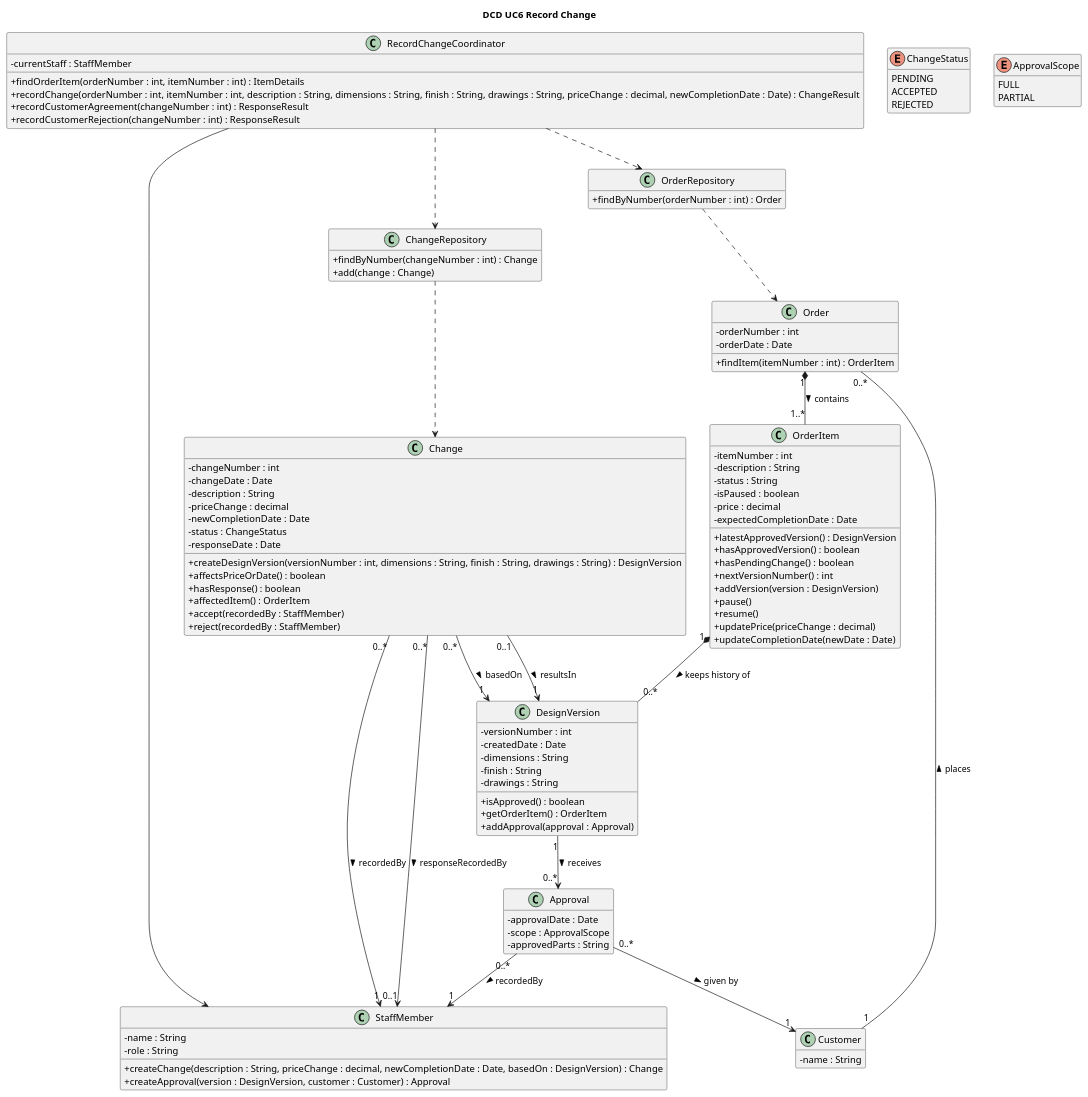
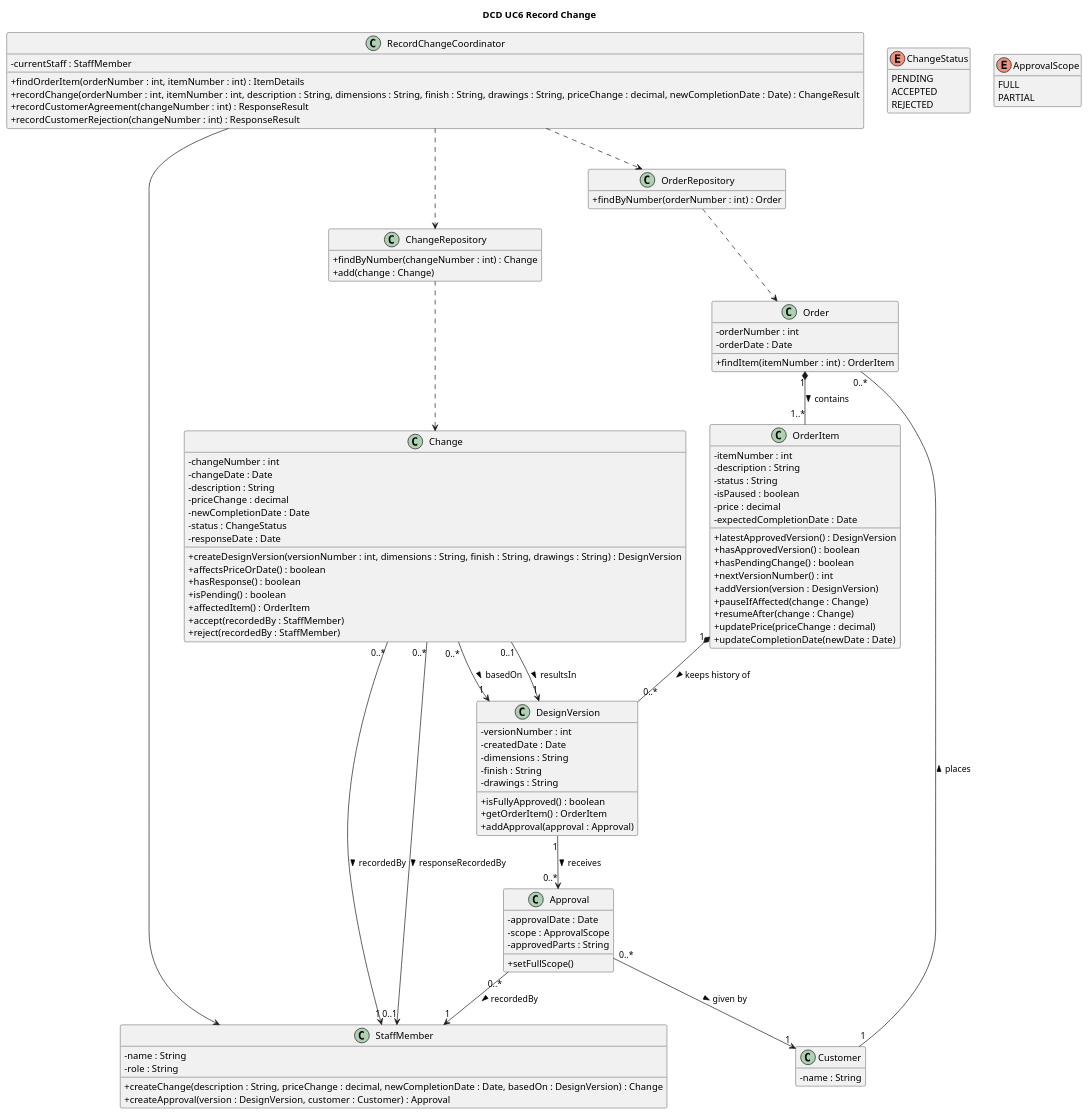
Before and after one commit to Ahmad-1031/OOAD_CA2: the diagram in dcd-uc6-record-change.puml, drawn with PlantUML. The commit also changed 1 other file, not shown here.

```diff
--- a/dcd-uc6-record-change.puml
+++ b/dcd-uc6-record-change.puml
@@ -1,120 +1,122 @@
 @startuml DCD-uc6-record-change
 title DCD UC6 Record Change
 hide empty members
 skinparam classAttributeIconSize 0
 
 class RecordChangeCoordinator {
   - currentStaff : StaffMember
   + findOrderItem(orderNumber : int, itemNumber : int) : ItemDetails
   + recordChange(orderNumber : int, itemNumber : int, description : String, dimensions : String, finish : String, drawings : String, priceChange : decimal, newCompletionDate : Date) : ChangeResult
   + recordCustomerAgreement(changeNumber : int) : ResponseResult
   + recordCustomerRejection(changeNumber : int) : ResponseResult
 }
 
 class OrderRepository {
   + findByNumber(orderNumber : int) : Order
 }
 
 class ChangeRepository {
   + findByNumber(changeNumber : int) : Change
   + add(change : Change)
 }
 
 class Order {
   - orderNumber : int
   - orderDate : Date
   + findItem(itemNumber : int) : OrderItem
 }
 
 class OrderItem {
   - itemNumber : int
   - description : String
   - status : String
   - isPaused : boolean
   - price : decimal
   - expectedCompletionDate : Date
   + latestApprovedVersion() : DesignVersion
   + hasApprovedVersion() : boolean
   + hasPendingChange() : boolean
   + nextVersionNumber() : int
   + addVersion(version : DesignVersion)
-  + pause()
-  + resume()
+  + pauseIfAffected(change : Change)
+  + resumeAfter(change : Change)
   + updatePrice(priceChange : decimal)
   + updateCompletionDate(newDate : Date)
 }
 
 class DesignVersion {
   - versionNumber : int
   - createdDate : Date
   - dimensions : String
   - finish : String
   - drawings : String
-  + isApproved() : boolean
+  + isFullyApproved() : boolean
   + getOrderItem() : OrderItem
   + addApproval(approval : Approval)
 }
 
 class Change {
   - changeNumber : int
   - changeDate : Date
   - description : String
   - priceChange : decimal
   - newCompletionDate : Date
   - status : ChangeStatus
   - responseDate : Date
   + createDesignVersion(versionNumber : int, dimensions : String, finish : String, drawings : String) : DesignVersion
   + affectsPriceOrDate() : boolean
   + hasResponse() : boolean
+  + isPending() : boolean
   + affectedItem() : OrderItem
   + accept(recordedBy : StaffMember)
   + reject(recordedBy : StaffMember)
 }
 
 class Approval {
   - approvalDate : Date
   - scope : ApprovalScope
   - approvedParts : String
+  + setFullScope()
 }
 
 class StaffMember {
   - name : String
   - role : String
   + createChange(description : String, priceChange : decimal, newCompletionDate : Date, basedOn : DesignVersion) : Change
   + createApproval(version : DesignVersion, customer : Customer) : Approval
 }
 
 class Customer {
   - name : String
 }
 
 enum ChangeStatus {
   PENDING
   ACCEPTED
   REJECTED
 }
 
 enum ApprovalScope {
   FULL
   PARTIAL
 }
 
 RecordChangeCoordinator ..> OrderRepository
 RecordChangeCoordinator ..> ChangeRepository
 RecordChangeCoordinator --> StaffMember
 
 OrderRepository ..> Order
 ChangeRepository ..> Change
 
 Customer "1" -- "0..*" Order : places >
 Order "1" *-- "1..*" OrderItem : contains >
 OrderItem "1" *-- "0..*" DesignVersion : keeps history of >
 DesignVersion "1" --> "0..*" Approval : receives >
 Approval "0..*" --> "1" Customer : given by >
 Approval "0..*" --> "1" StaffMember : recordedBy >
 Change "0..*" --> "1" DesignVersion : basedOn >
 Change "0..1" --> "1" DesignVersion : resultsIn >
 Change "0..*" --> "1" StaffMember : recordedBy >
 Change "0..*" --> "0..1" StaffMember : responseRecordedBy >
 
 @enduml
```
